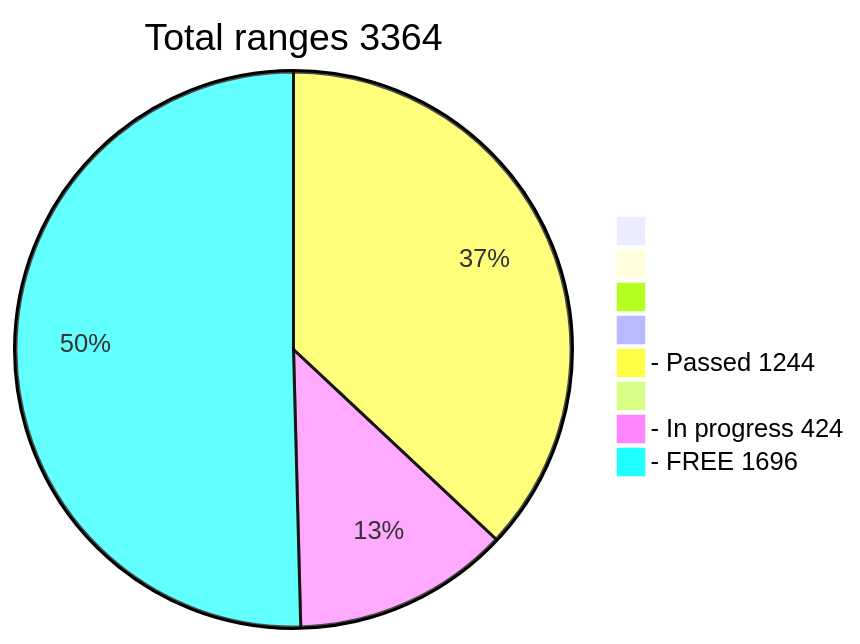
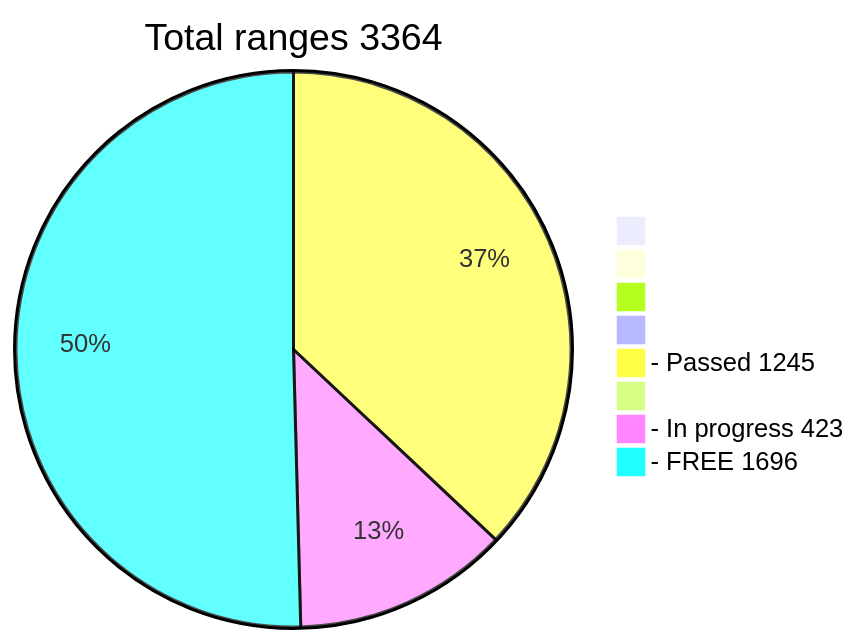
One commit to phrutis/wif500 changed the diagram in README.md. Above: the diagram before and after it, drawn with Mermaid.

````diff
--- a/README.md
+++ b/README.md
@@ -16,12 +16,12 @@
 ```mermaid
 pie title Total ranges 3364
              " " : 0
             "  " : 0
            "   " : 0
           "    " : 0
-  "- Passed 1244" : 1244
+  "- Passed 1245" : 1245
          "     " : 0
-  "- In progress 424" : 424
+  "- In progress 423" : 423
    "- FREE 1696" : 1696
    
 ```
````
